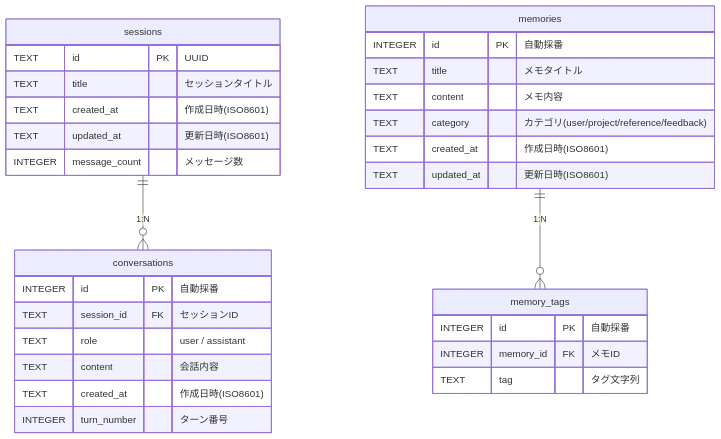
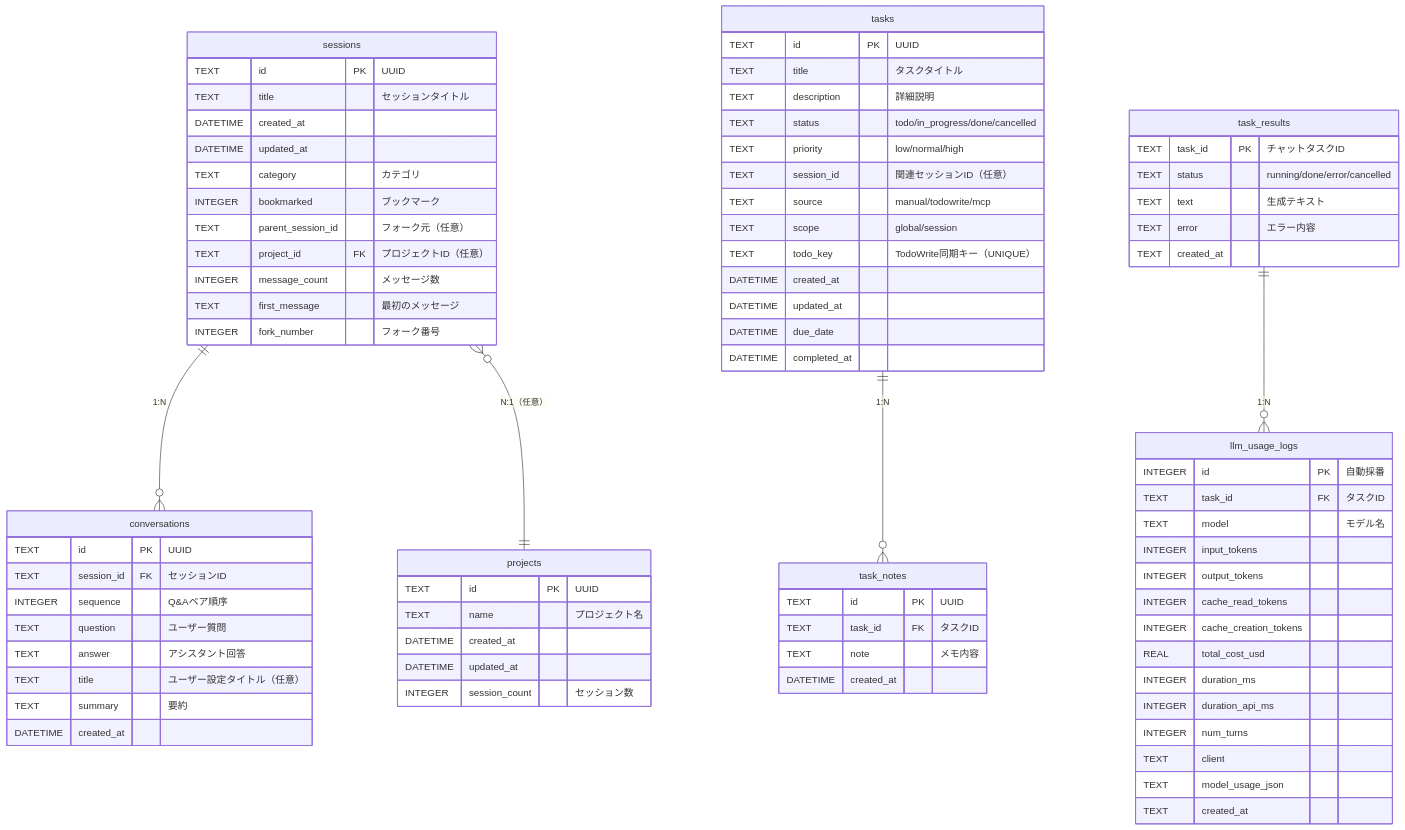
The second of 7 diagrams in doc/DESIGN-002_kblite-basic-design.md (76Hata/KBLite), drawn with Mermaid before and after one commit. The commit also changed other lines of this file and 4 other files, not shown here.

First line of the commit message:
docs: 設計書更新・mcp_tasks UTF-8修正

````diff
--- a/doc/DESIGN-002_kblite-basic-design.md
+++ b/doc/DESIGN-002_kblite-basic-design.md
@@ -141,37 +192,88 @@
 ```mermaid
 erDiagram
     sessions ||--o{ conversations : "1:N"
-    memories ||--o{ memory_tags : "1:N"
+    sessions }o--|| projects : "N:1（任意）"
+    tasks ||--o{ task_notes : "1:N"
+    task_results ||--o{ llm_usage_logs : "1:N"
 
     sessions {
         TEXT id PK "UUID"
         TEXT title "セッションタイトル"
-        TEXT created_at "作成日時(ISO8601)"
-        TEXT updated_at "更新日時(ISO8601)"
+        DATETIME created_at
+        DATETIME updated_at
+        TEXT category "カテゴリ"
+        INTEGER bookmarked "ブックマーク"
+        TEXT parent_session_id "フォーク元（任意）"
+        TEXT project_id FK "プロジェクトID（任意）"
         INTEGER message_count "メッセージ数"
+        TEXT first_message "最初のメッセージ"
+        INTEGER fork_number "フォーク番号"
     }
 
     conversations {
-        INTEGER id PK "自動採番"
+        TEXT id PK "UUID"
         TEXT session_id FK "セッションID"
-        TEXT role "user / assistant"
-        TEXT content "会話内容"
-        TEXT created_at "作成日時(ISO8601)"
-        INTEGER turn_number "ターン番号"
+        INTEGER sequence "Q&Aペア順序"
+        TEXT question "ユーザー質問"
+        TEXT answer "アシスタント回答"
+        TEXT title "ユーザー設定タイトル（任意）"
+        TEXT summary "要約"
+        DATETIME created_at
     }
 
-    memories {
-        INTEGER id PK "自動採番"
-        TEXT title "メモタイトル"
-        TEXT content "メモ内容"
-        TEXT category "カテゴリ(user/project/reference/feedback)"
-        TEXT created_at "作成日時(ISO8601)"
-        TEXT updated_at "更新日時(ISO8601)"
+    projects {
+        TEXT id PK "UUID"
+        TEXT name "プロジェクト名"
+        DATETIME created_at
+        DATETIME updated_at
+        INTEGER session_count "セッション数"
     }
 
-    memory_tags {
+    tasks {
+        TEXT id PK "UUID"
+        TEXT title "タスクタイトル"
+        TEXT description "詳細説明"
+        TEXT status "todo/in_progress/done/cancelled"
+        TEXT priority "low/normal/high"
+        TEXT session_id "関連セッションID（任意）"
+        TEXT source "manual/todowrite/mcp"
+        TEXT scope "global/session"
+        TEXT todo_key "TodoWrite同期キー（UNIQUE）"
+        DATETIME created_at
+        DATETIME updated_at
+        DATETIME due_date
+        DATETIME completed_at
+    }
+
+    task_notes {
+        TEXT id PK "UUID"
+        TEXT task_id FK "タスクID"
+        TEXT note "メモ内容"
+        DATETIME created_at
+    }
+
+    task_results {
+        TEXT task_id PK "チャットタスクID"
+        TEXT status "running/done/error/cancelled"
+        TEXT text "生成テキスト"
+        TEXT error "エラー内容"
+        TEXT created_at
+    }
+
+    llm_usage_logs {
         INTEGER id PK "自動採番"
-        INTEGER memory_id FK "メモID"
-        TEXT tag "タグ文字列"
+        TEXT task_id FK "タスクID"
+        TEXT model "モデル名"
+        INTEGER input_tokens
+        INTEGER output_tokens
+        INTEGER cache_read_tokens
+        INTEGER cache_creation_tokens
+        REAL total_cost_usd
+        INTEGER duration_ms
+        INTEGER duration_api_ms
+        INTEGER num_turns
+        TEXT client
+        TEXT model_usage_json
+        TEXT created_at
     }
 ```
````
